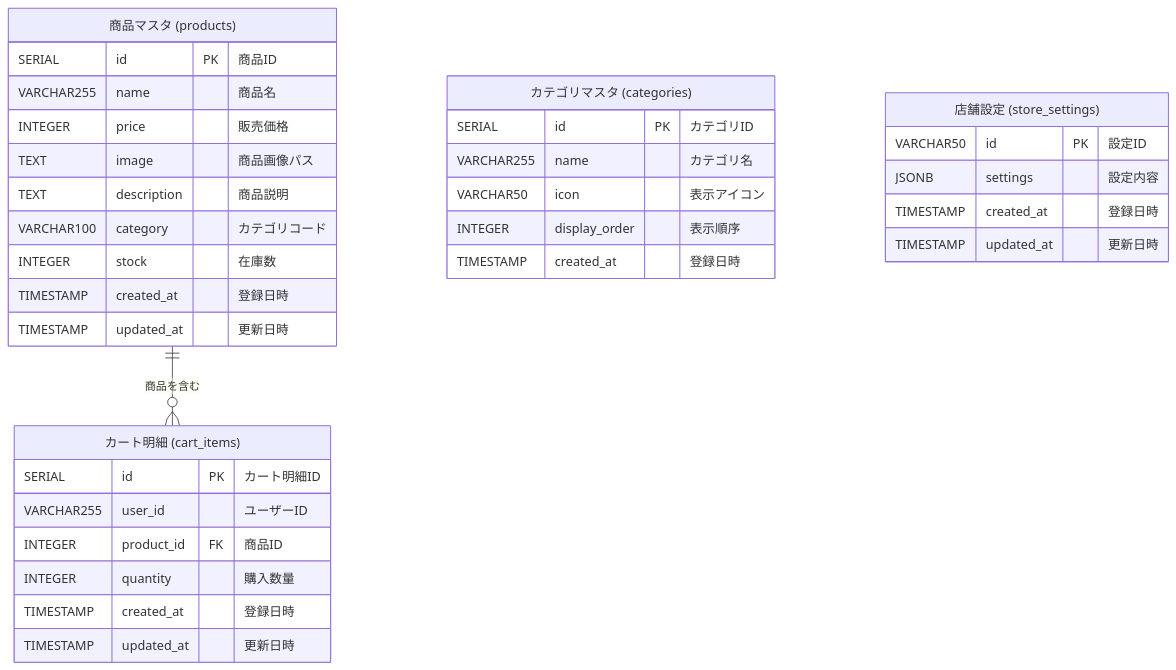
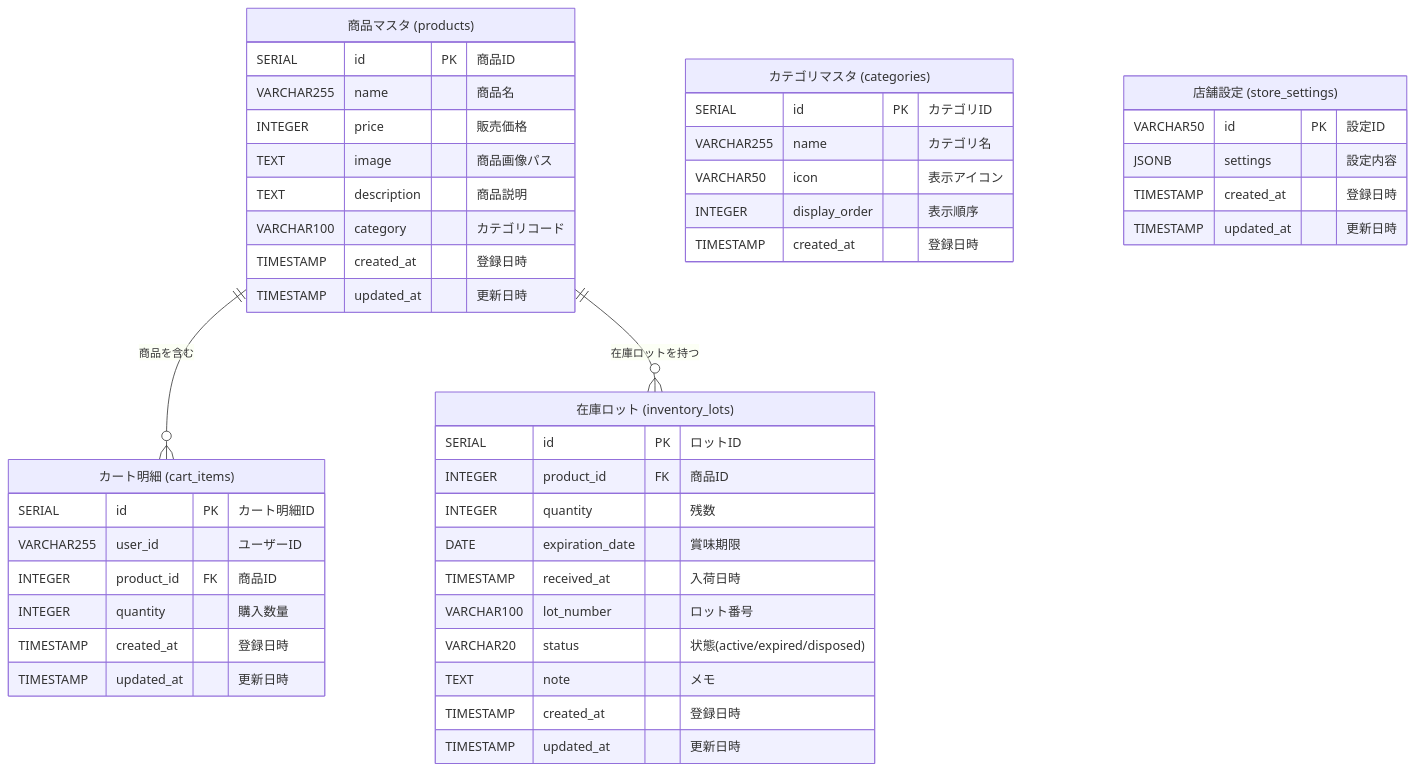
The diagram in docs/ER_DIAGRAM.md (h-kiyosawa/TrendWG_Remix), drawn with Mermaid before and after one commit. The commit also changed other lines of this file and 8 other files, not shown here.

````diff
--- a/docs/ER_DIAGRAM.md
+++ b/docs/ER_DIAGRAM.md
@@ -18,40 +19,53 @@
 ```mermaid
 erDiagram
     products ||--o{ cart_items : "商品を含む"
+    products ||--o{ inventory_lots : "在庫ロットを持つ"
     
     products["商品マスタ (products)"] {
         SERIAL id PK "商品ID"
         VARCHAR255 name "商品名"
         INTEGER price "販売価格"
         TEXT image "商品画像パス"
         TEXT description "商品説明"
         VARCHAR100 category "カテゴリコード"
-        INTEGER stock "在庫数"
+        TIMESTAMP created_at "登録日時"
+        TIMESTAMP updated_at "更新日時"
+    }
+
+    inventory_lots["在庫ロット (inventory_lots)"] {
+        SERIAL id PK "ロットID"
+        INTEGER product_id FK "商品ID"
+        INTEGER quantity "残数"
+        DATE expiration_date "賞味期限"
+        TIMESTAMP received_at "入荷日時"
+        VARCHAR100 lot_number "ロット番号"
+        VARCHAR20 status "状態(active/expired/disposed)"
+        TEXT note "メモ"
         TIMESTAMP created_at "登録日時"
         TIMESTAMP updated_at "更新日時"
     }
     
     cart_items["カート明細 (cart_items)"] {
         SERIAL id PK "カート明細ID"
         VARCHAR255 user_id "ユーザーID"
         INTEGER product_id FK "商品ID"
         INTEGER quantity "購入数量"
         TIMESTAMP created_at "登録日時"
         TIMESTAMP updated_at "更新日時"
     }
     
     categories["カテゴリマスタ (categories)"] {
         SERIAL id PK "カテゴリID"
         VARCHAR255 name "カテゴリ名"
         VARCHAR50 icon "表示アイコン"
         INTEGER display_order "表示順序"
         TIMESTAMP created_at "登録日時"
     }
     
     store_settings["店舗設定 (store_settings)"] {
         VARCHAR50 id PK "設定ID"
         JSONB settings "設定内容"
         TIMESTAMP created_at "登録日時"
         TIMESTAMP updated_at "更新日時"
     }
 ```
````
